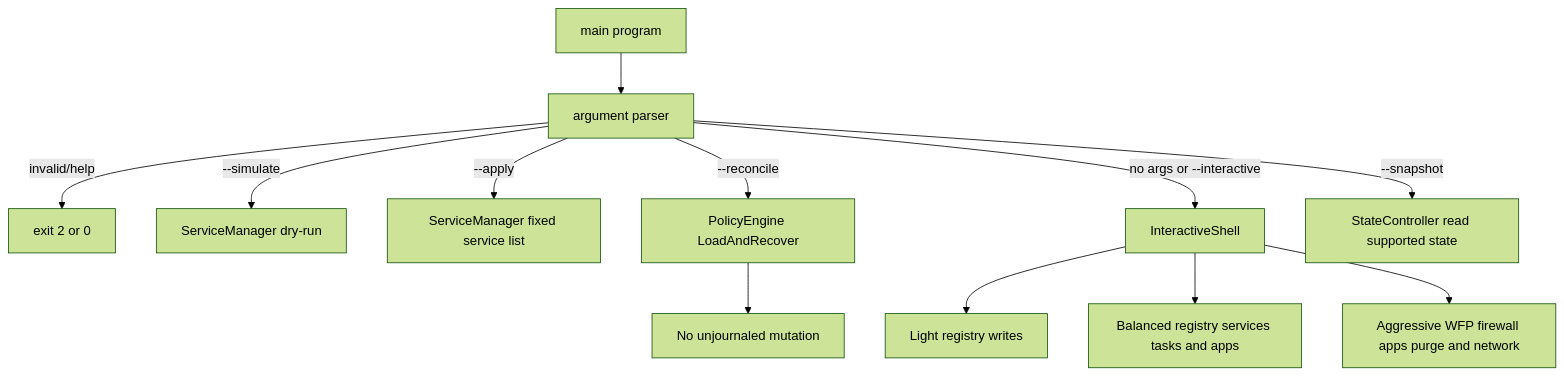
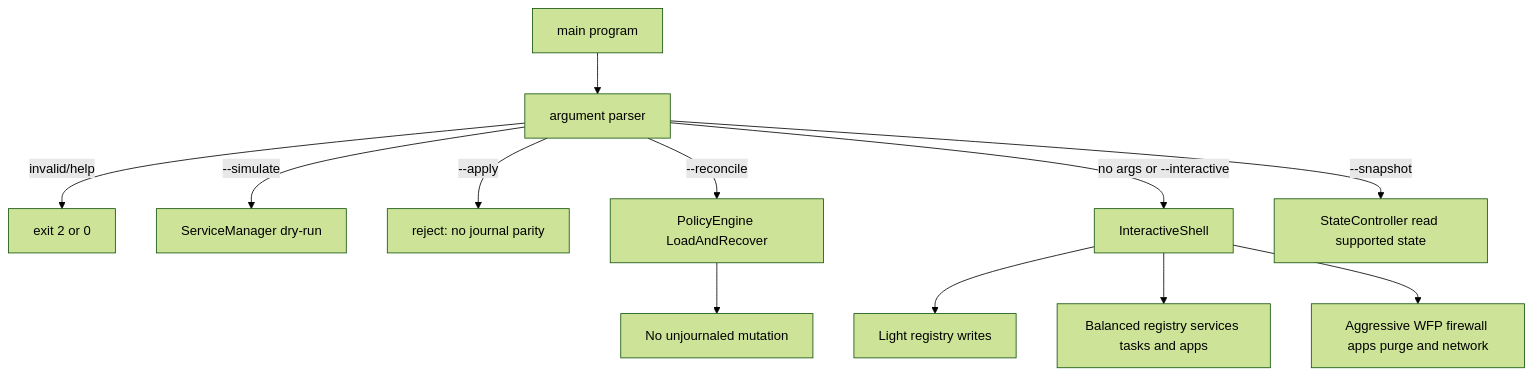
Before and after one commit to genesisgzdev/Aegis11: the first of 3 diagrams in docs/ARCHITECTURE.md, drawn with Mermaid (forest theme). The commit also changed 4 other files, not shown here.

Commit message:
fix: refuse unjournaled service apply mode

````diff
--- a/docs/ARCHITECTURE.md
+++ b/docs/ARCHITECTURE.md
@@ -11,14 +11,14 @@
 ```mermaid
 flowchart TD
     MAIN[main program] --> P[argument parser]
     P -->|invalid/help| EXIT[exit 2 or 0]
     P -->|--simulate| DRY[ServiceManager dry-run]
-    P -->|--apply| APPLY[ServiceManager fixed service list]
+    P -->|--apply| APPLY[reject: no journal parity]
     P -->|--reconcile| REC[PolicyEngine LoadAndRecover]
     REC --> SAFE[No unjournaled mutation]
     P -->|no args or --interactive| UI[InteractiveShell]
     P -->|--snapshot| SNAP[StateController read supported state]
     UI --> L[Light registry writes]
     UI --> B[Balanced registry services tasks and apps]
     UI --> A[Aggressive WFP firewall apps purge and network]
 ```
````
